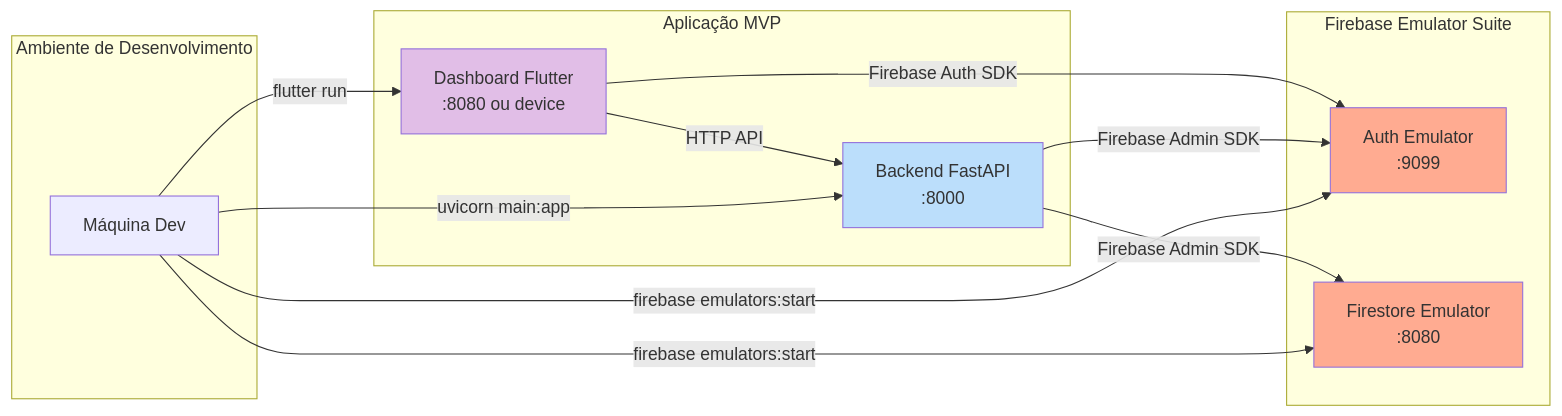
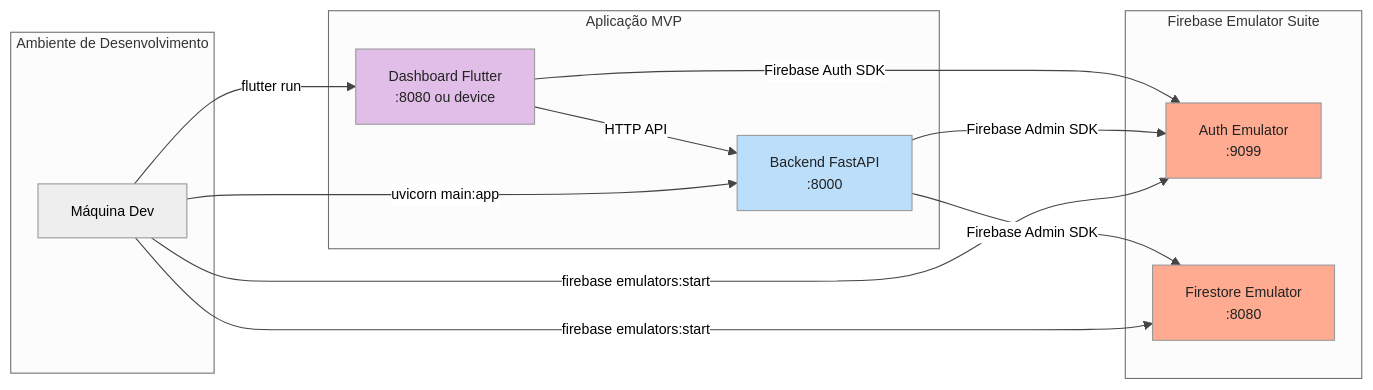
One commit to Hinten/fiap_gs2 changed the fifth of 6 diagrams in README.md. Above: the diagram before and after it, drawn with Mermaid. The commit also changed other lines of this file, not shown here.

Commit message:
fix: update mermaid diagram styles for better readability in README

````diff
--- a/README.md
+++ b/README.md
@@ -349,33 +353,34 @@
 ```mermaid
+%%{init: {'theme':'neutral','themeVariables': { 'primaryTextColor': '#222','secondaryTextColor': '#222','tertiaryTextColor': '#222','lineColor':'#444','fontSize':'13px'}} }%%
 flowchart LR
     subgraph "Ambiente de Desenvolvimento"
         DEV[Máquina Dev]
     end
     
     subgraph "Firebase Emulator Suite"
         EMAUTH[Auth Emulator<br/>:9099]
         EMDB[Firestore Emulator<br/>:8080]
     end
     
     subgraph "Aplicação MVP"
         BE[Backend FastAPI<br/>:8000]
         FE[Dashboard Flutter<br/>:8080 ou device]
     end
     
     DEV -->|firebase emulators:start| EMAUTH
     DEV -->|firebase emulators:start| EMDB
     
     DEV -->|uvicorn main:app| BE
     DEV -->|flutter run| FE
     
     BE -->|Firebase Admin SDK| EMAUTH
     BE -->|Firebase Admin SDK| EMDB
     
     FE -->|HTTP API| BE
     FE -->|Firebase Auth SDK| EMAUTH
 
-    style EMAUTH fill:#FFAB91
-    style EMDB fill:#FFAB91
-    style BE fill:#BBDEFB
-    style FE fill:#E1BEE7
+    style EMAUTH fill:#FFAB91,color:#222
+    style EMDB fill:#FFAB91,color:#222
+    style BE fill:#BBDEFB,color:#222
+    style FE fill:#E1BEE7,color:#222
 ```
````
